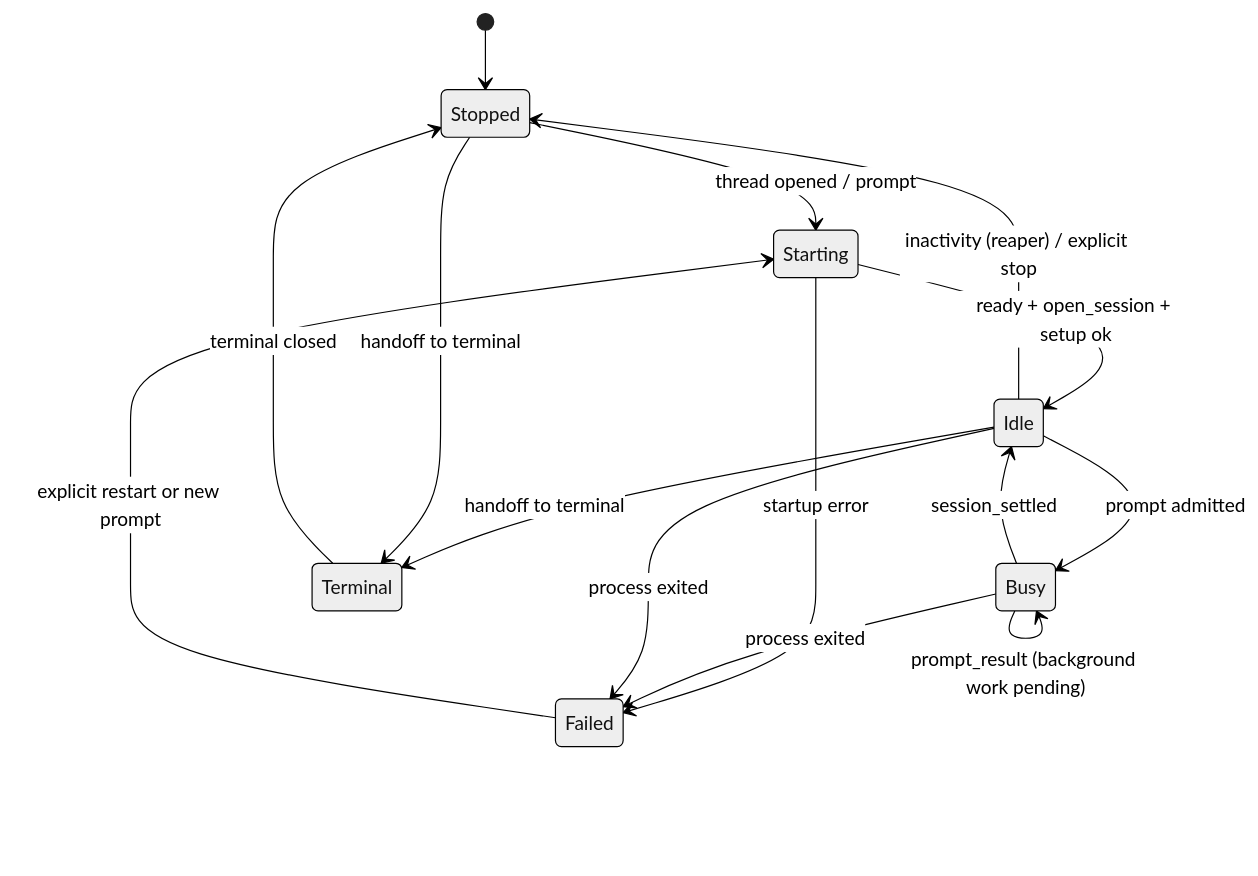
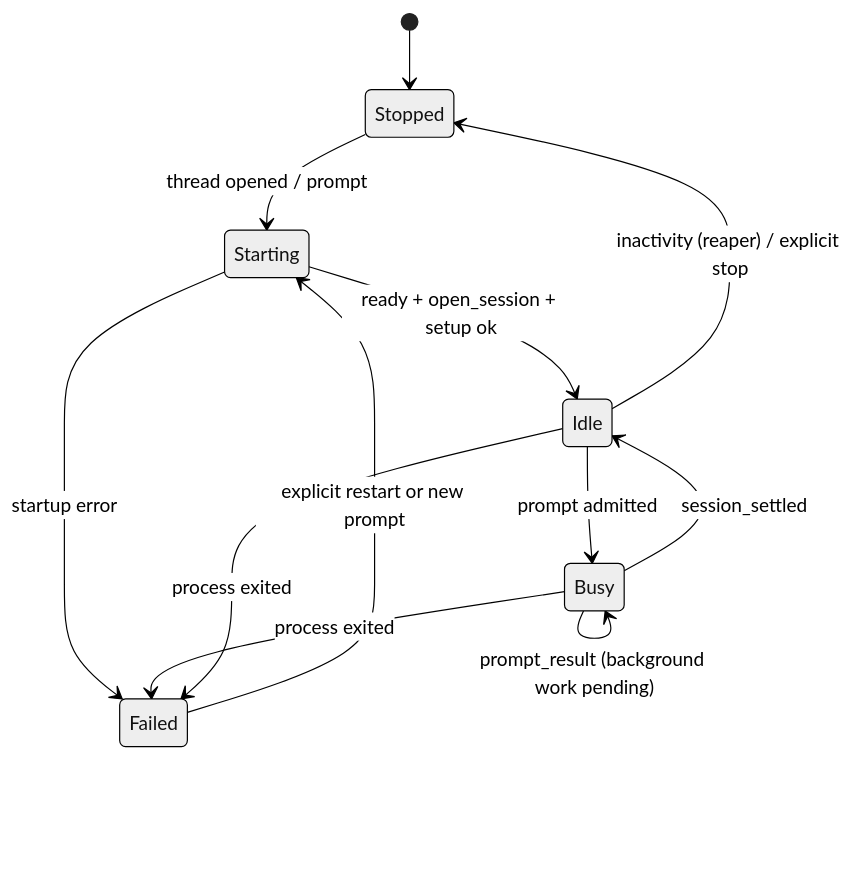
One commit to TonioGela/omfp changed the diagram in docs/specs/02-daemon.md. Above: the diagram before and after it, drawn with Mermaid (neutral theme). The commit also changed other lines of this file and 50 other files, not shown here.

````diff
--- a/docs/specs/02-daemon.md
+++ b/docs/specs/02-daemon.md
@@ -119,17 +119,14 @@
 ```mermaid
 stateDiagram-v2
   [*] --> Stopped
   Stopped --> Starting: thread opened / prompt
   Starting --> Idle: ready + open_session + setup ok
   Starting --> Failed: startup error
   Idle --> Busy: prompt admitted
   Busy --> Idle: session_settled
   Busy --> Busy: prompt_result (background work pending)
   Idle --> Stopped: inactivity (reaper) / explicit stop
   Busy --> Failed: process exited
   Idle --> Failed: process exited
   Failed --> Starting: explicit restart or new prompt
-  Idle --> Terminal: handoff to terminal
-  Stopped --> Terminal: handoff to terminal
-  Terminal --> Stopped: terminal closed
 ```
````
